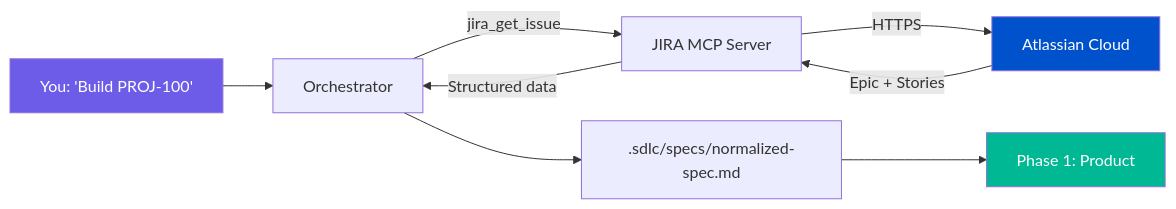
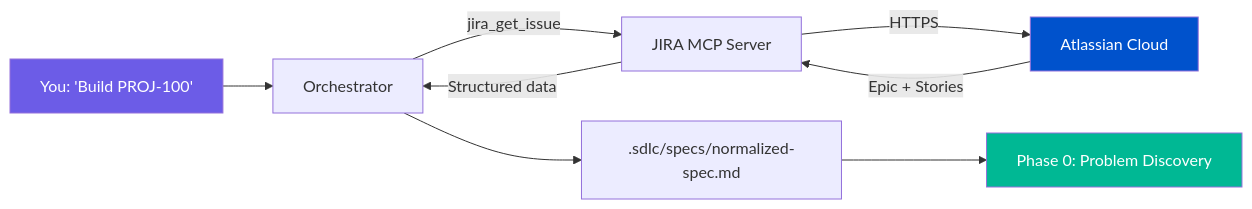
One commit to bitbitcodes/autonomous-sdlc changed the third of 3 diagrams in docs/jira-workflow.md. Above: the diagram before and after it, drawn with Mermaid. The commit also changed other lines of this file and 131 other files, not shown here.

````diff
--- a/docs/jira-workflow.md
+++ b/docs/jira-workflow.md
@@ -346,14 +346,14 @@
 ```mermaid
 flowchart LR
     YOU["You: 'Build PROJ-100'"] --> ORCH["Orchestrator"]
     ORCH -->|"jira_get_issue"| MCP["JIRA MCP Server"]
     MCP -->|"HTTPS"| JIRA["Atlassian Cloud"]
     JIRA -->|"Epic + Stories"| MCP
     MCP -->|"Structured data"| ORCH
     ORCH --> SPEC[".sdlc/specs/normalized-spec.md"]
-    SPEC --> GO["Phase 1: Product"]
+    SPEC --> GO["Phase 0: Problem Discovery"]
 
     style YOU fill:#6c5ce7,color:#fff
     style JIRA fill:#0052CC,color:#fff
     style GO fill:#00b894,color:#fff
 ```
````
